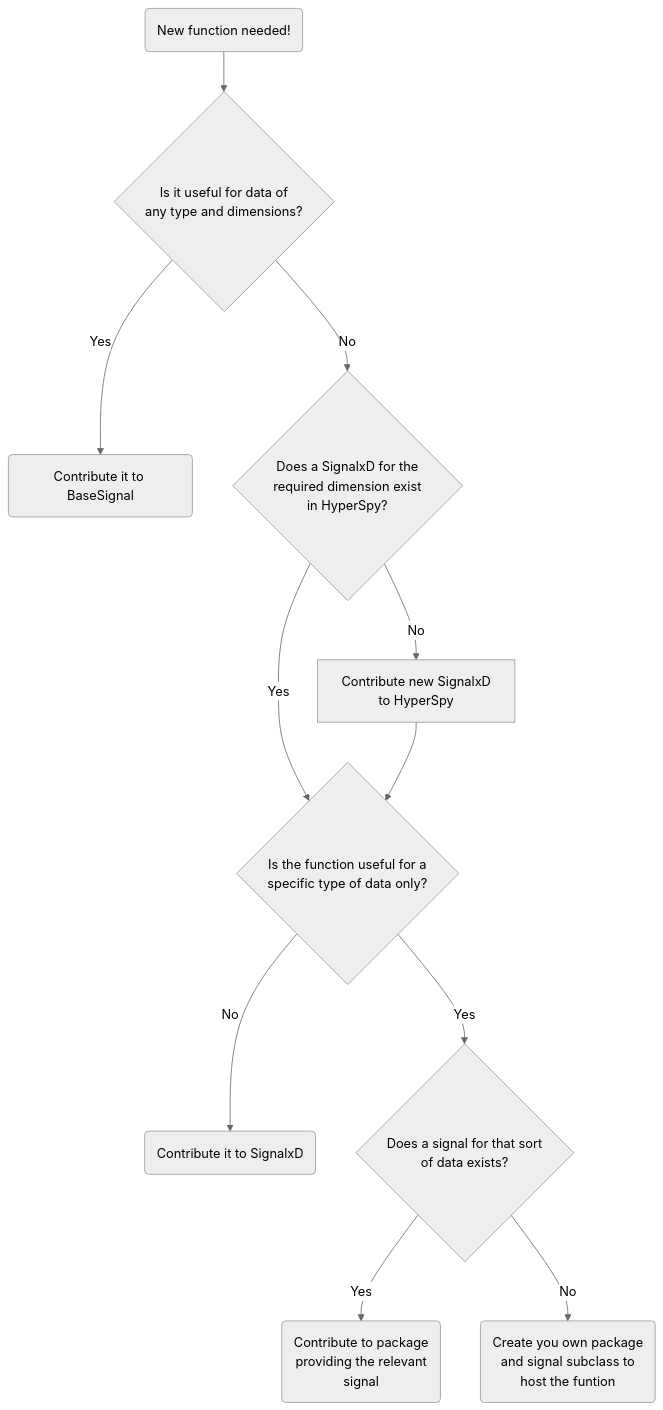
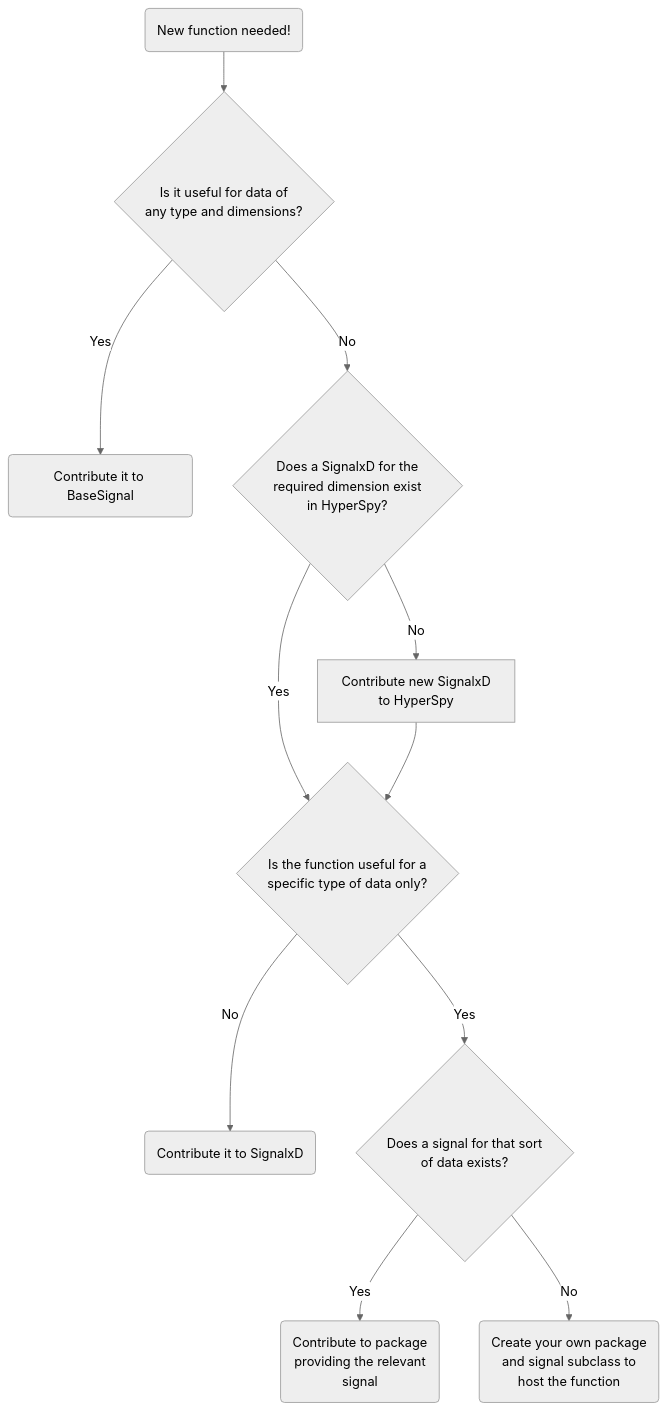
The first of 2 diagrams in doc/dev_guide/writing_extensions.rst (hyperspy/hyperspy), drawn with Mermaid (neutral theme) before and after one commit.

Commit message:
Fix typo in dev guide

```diff
--- a/doc/dev_guide/writing_extensions.rst
+++ b/doc/dev_guide/writing_extensions.rst
@@ -82,24 +82,24 @@
 .. mermaid::
 
     graph TD
 
       A(New function needed!)
       B{Is it useful for data of<br/>any type and dimensions?}
       C(Contribute it to BaseSignal)
       D{Does a SignalxD for the<br/>required dimension exist<br/>in HyperSpy?}
       E[Contribute new SignalxD<br/>to HyperSpy]
       F{Is the function useful for a<br/>specific type of data only?}
       G(Contribute it to SignalxD)
       H{Does a signal for that sort<br/>of data exists?}
       I(Contribute to package<br/>providing the relevant<br/>signal)
-      J(Create you own package<br/>and signal subclass to<br/>host the funtion)
+      J(Create your own package<br/>and signal subclass to<br/>host the function)
       A-->B
       B-- Yes -->C
       B-- No  -->D
       D-- Yes -->F
       D-- No  -->E
       E-->F
       F-- Yes -->H
       F-- No  -->G
       H-- Yes -->I
       H-- No -->J
```
